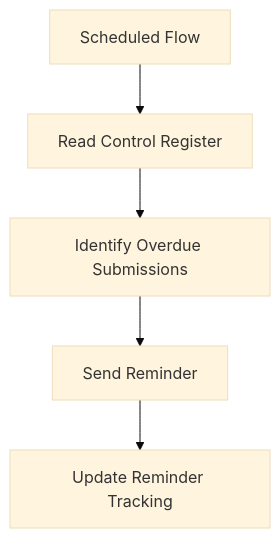
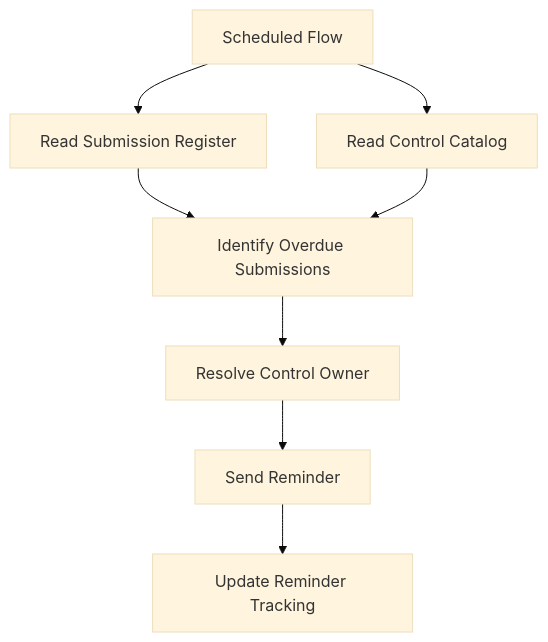
The second of 2 diagrams in docs/architecture.md (gw-ai-security/cyber-governance-automation-lab), drawn with Mermaid (base theme) before and after one commit. The commit also changed other lines of this file and 5 other files, not shown here.

````diff
--- a/docs/architecture.md
+++ b/docs/architecture.md
@@ -26,7 +29,10 @@
 ```mermaid
 flowchart TD
-    A[Scheduled Flow] --> B[Read Control Register]
-    B --> C[Identify Overdue Submissions]
-    C --> D[Send Reminder]
-    D --> E[Update Reminder Tracking]
+    A[Scheduled Flow] --> B[Read Submission Register]
+    A --> C[Read Control Catalog]
+    B --> D[Identify Overdue Submissions]
+    C --> D
+    D --> E[Resolve Control Owner]
+    E --> F[Send Reminder]
+    F --> G[Update Reminder Tracking]
 ```
````
